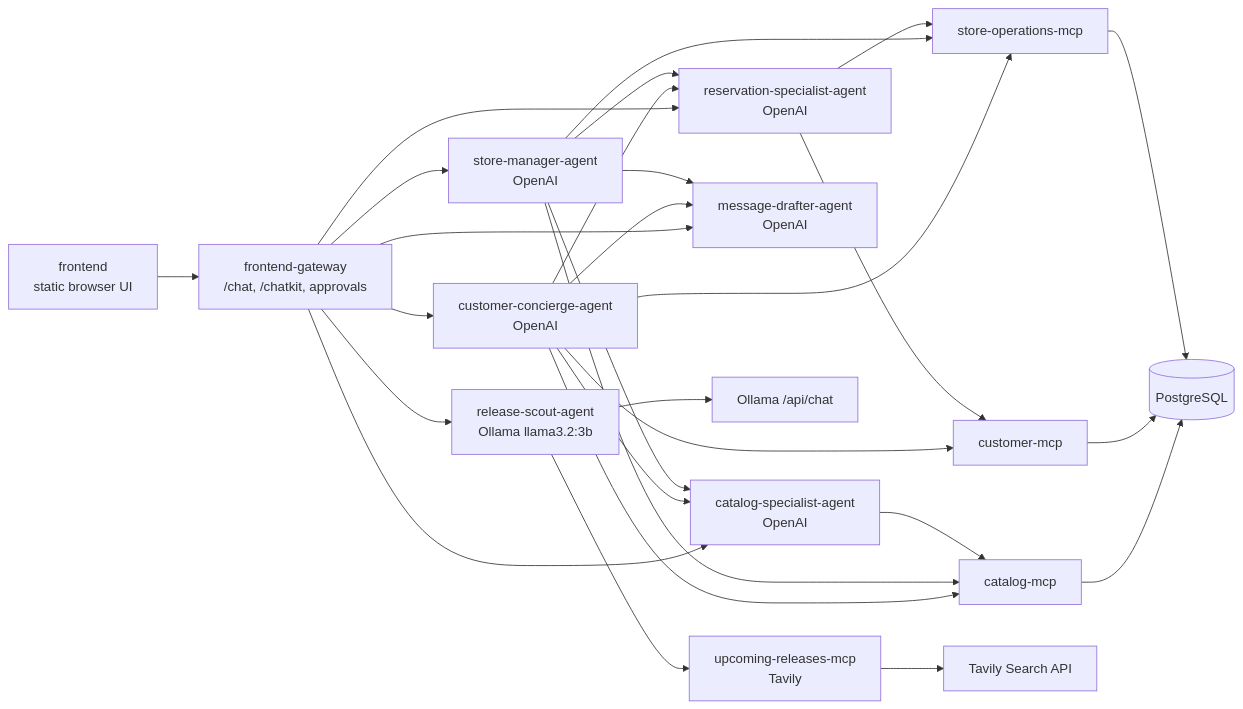
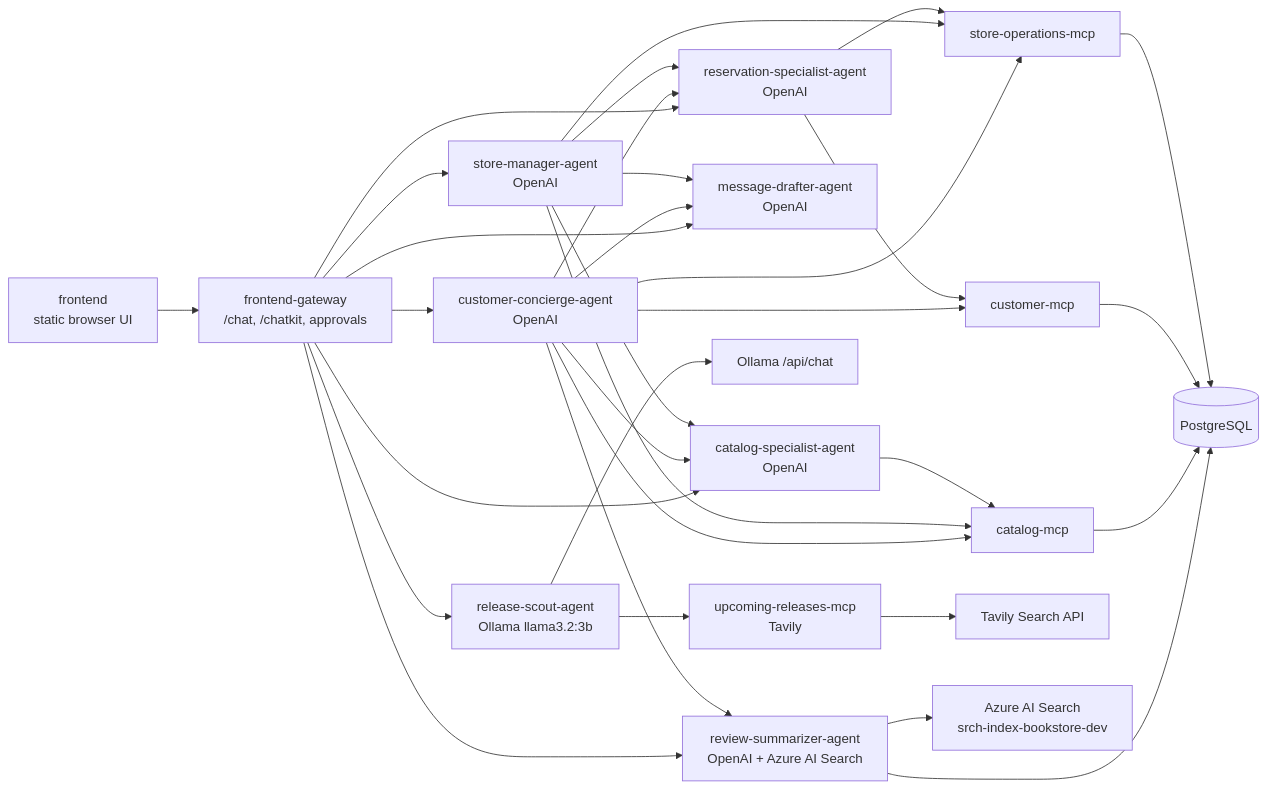
Before and after one commit to athanasios-u8/agentic-platform-k8s: the diagram in README.md, drawn with Mermaid. The commit also changed other lines of this file and 32 other files, not shown here.

Commit message:
feat: add RAG on Azure AI search for book reviews

````diff
--- a/README.md
+++ b/README.md
@@ -155,51 +182,57 @@
 ```mermaid
 flowchart LR
   UI["frontend\nstatic browser UI"]
   GW["frontend-gateway\n/chat, /chatkit, approvals"]
 
   CC["customer-concierge-agent\nOpenAI"]
   SM["store-manager-agent\nOpenAI"]
   CS["catalog-specialist-agent\nOpenAI"]
   RS["reservation-specialist-agent\nOpenAI"]
   MD["message-drafter-agent\nOpenAI"]
   Scout["release-scout-agent\nOllama llama3.2:3b"]
+  Reviews["review-summarizer-agent\nOpenAI + Azure AI Search"]
 
   Catalog["catalog-mcp"]
   Customer["customer-mcp"]
   StoreOps["store-operations-mcp"]
   Upcoming["upcoming-releases-mcp\nTavily"]
   DB[("PostgreSQL")]
   Tavily["Tavily Search API"]
   Ollama["Ollama /api/chat"]
+  Search["Azure AI Search\nsrch-index-bookstore-dev"]
 
   UI --> GW
   GW --> CC
   GW --> SM
   GW --> CS
   GW --> RS
   GW --> MD
   GW --> Scout
+  GW --> Reviews
 
   CC --> CS
   CC --> RS
   CC --> MD
+  CC --> Reviews
   SM --> CS
   SM --> RS
   SM --> MD
 
   CC --> Catalog
   CC --> Customer
   CC --> StoreOps
   SM --> Catalog
   SM --> StoreOps
   CS --> Catalog
   RS --> Customer
   RS --> StoreOps
   Scout --> Upcoming
   Scout --> Ollama
+  Reviews --> DB
+  Reviews --> Search
 
   Catalog --> DB
   Customer --> DB
   StoreOps --> DB
   Upcoming --> Tavily
 ```
````
